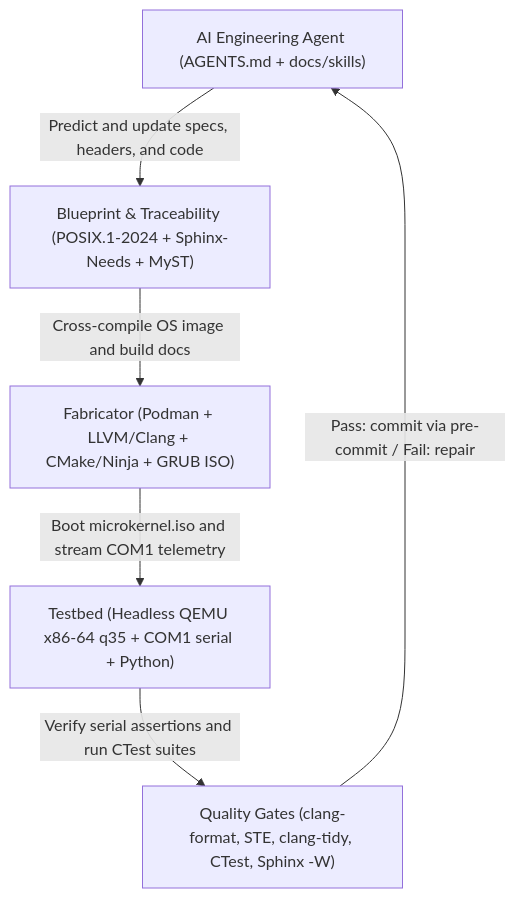
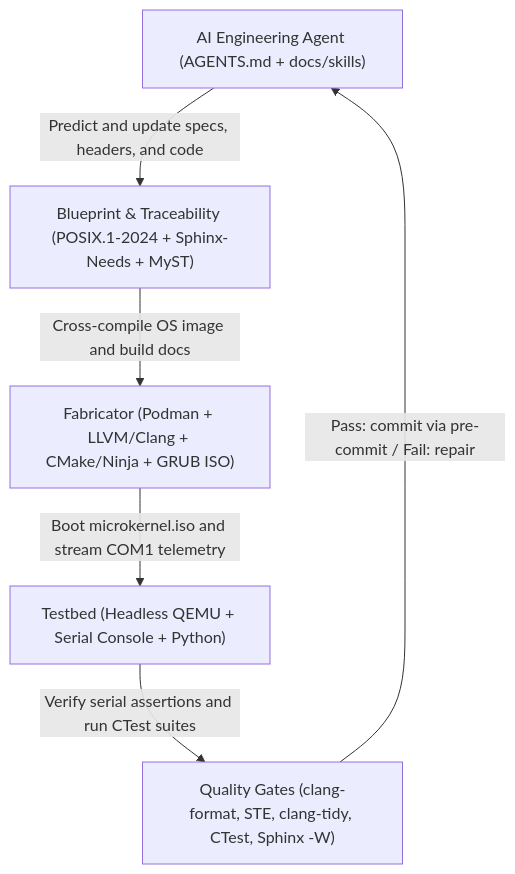
One commit to Deniz-Eren/microkernel changed the first of 2 diagrams in README.md. Above: the diagram before and after it, drawn with Mermaid. The commit also changed other lines of this file and 52 other files, not shown here.

````diff
--- a/README.md
+++ b/README.md
@@ -24,14 +24,14 @@
 ```mermaid
 flowchart TD
     AGENT["AI Engineering Agent (AGENTS.md + docs/skills)"]
     BLUEPRINT["Blueprint & Traceability (POSIX.1-2024 + Sphinx-Needs + MyST)"]
     FABRICATOR["Fabricator (Podman + LLVM/Clang + CMake/Ninja + GRUB ISO)"]
-    TESTBED["Testbed (Headless QEMU x86-64 q35 + COM1 serial + Python)"]
+    TESTBED["Testbed (Headless QEMU + Serial Console + Python)"]
     GATES["Quality Gates (clang-format, STE, clang-tidy, CTest, Sphinx -W)"]
 
     AGENT -->|"Predict and update specs, headers, and code"| BLUEPRINT
     BLUEPRINT -->|"Cross-compile OS image and build docs"| FABRICATOR
     FABRICATOR -->|"Boot microkernel.iso and stream COM1 telemetry"| TESTBED
     TESTBED -->|"Verify serial assertions and run CTest suites"| GATES
     GATES -->|"Pass: commit via pre-commit / Fail: repair"| AGENT
 ```
````
